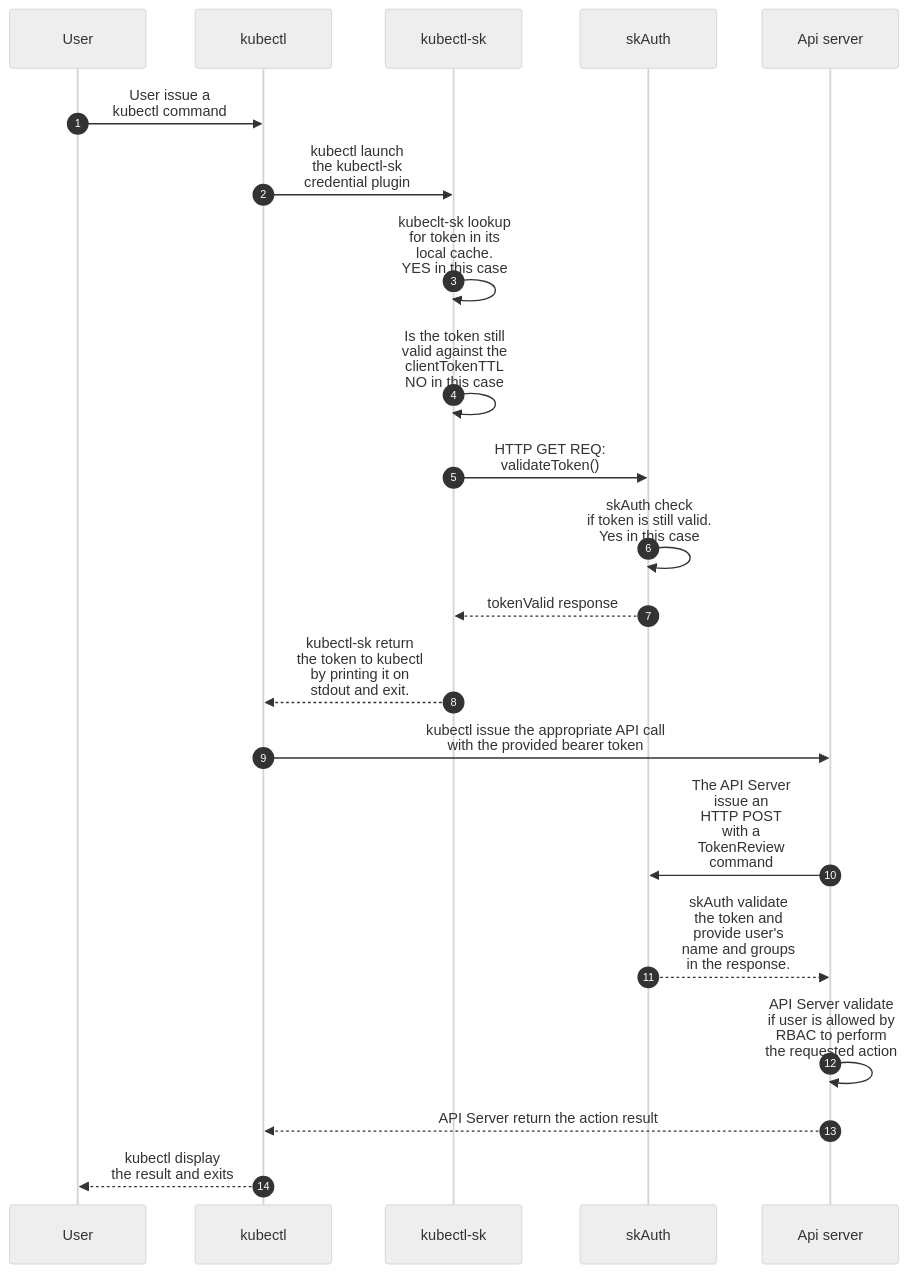
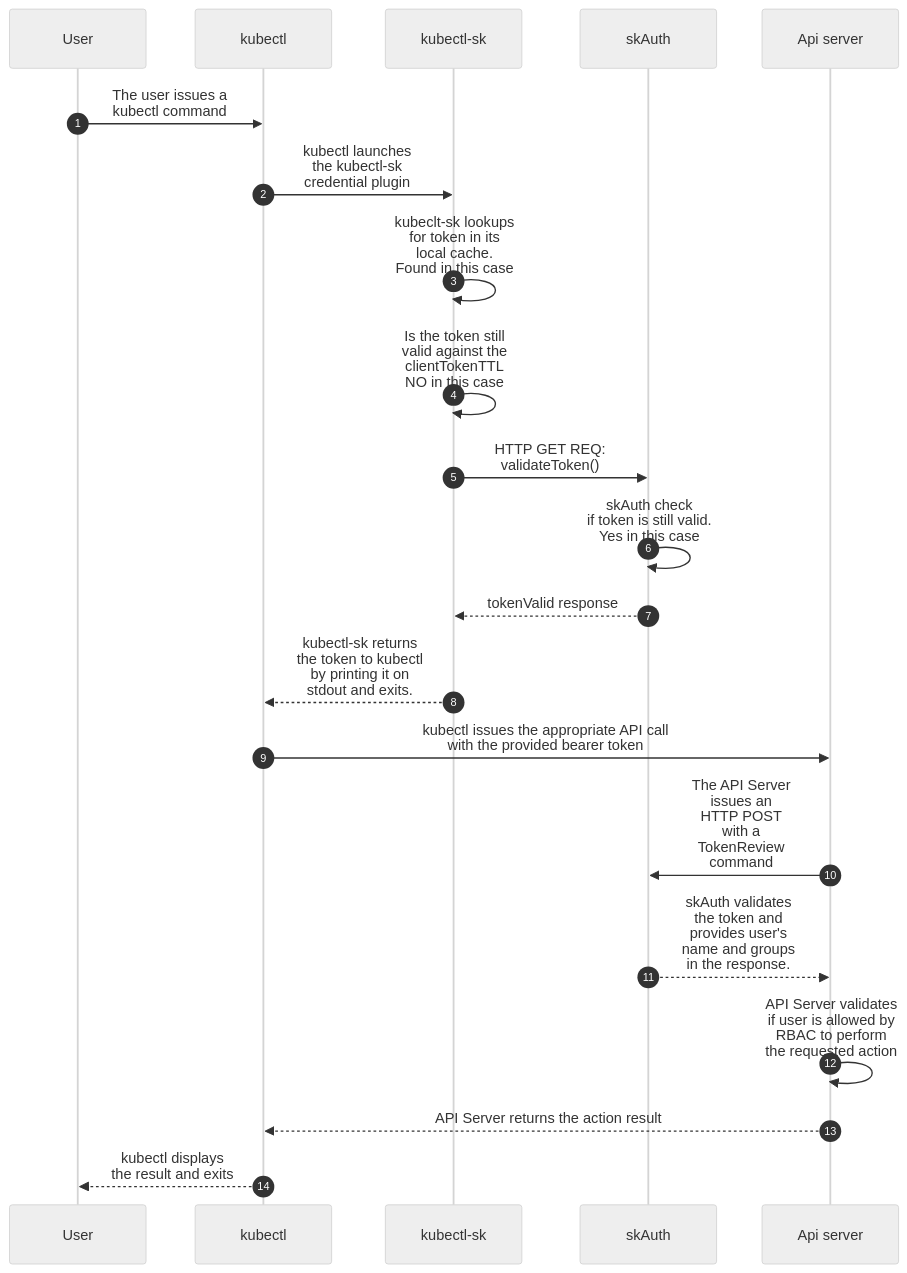
One commit to skasproject/skas changed the third of 4 diagrams in docsite/docs/architecture.md. Above: the diagram before and after it, drawn with Mermaid (neutral theme). The commit also changed other lines of this file and 12 other files, not shown here.

````diff
--- a/docsite/docs/architecture.md
+++ b/docsite/docs/architecture.md
@@ -220,23 +225,23 @@
 ``` mermaid
 sequenceDiagram
   participant User
   participant kubectl
   participant kubectl-sk
   participant skAuth
   participant Api server
   autonumber
-  User->>kubectl: User issue a<br>kubectl command
-  kubectl->>kubectl-sk: kubectl launch<br>the kubectl-sk<br>credential plugin
-  kubectl-sk->>kubectl-sk: kubeclt-sk lookup<br>for token in its <br>local cache.<br>YES in this case
+  User->>kubectl: The user issues a<br>kubectl command
+  kubectl->>kubectl-sk: kubectl launches<br>the kubectl-sk<br>credential plugin
+  kubectl-sk->>kubectl-sk: kubeclt-sk lookups<br>for token in its <br>local cache.<br>Found in this case
   kubectl-sk->>kubectl-sk: Is the token still<br>valid against the<br>clientTokenTTL<br>NO in this case
   kubectl-sk->>skAuth: HTTP GET REQ:<br>validateToken()
   skAuth->>skAuth: skAuth check<br>if token is still valid.<br>Yes in this case
   skAuth-->>kubectl-sk: tokenValid response
-  kubectl-sk-->>kubectl: kubectl-sk return<br>the token to kubectl<br>by printing it on<br>stdout and exit.
-  kubectl->>Api server: kubectl issue the appropriate API call<br>with the provided bearer token
-  Api server->>skAuth: The API Server<br>issue an<br>HTTP POST<br>with a<br>TokenReview<br>command
-  skAuth-->>Api server: skAuth validate<br>the token and <br>provide user's<br>name and groups<br>in the response.
-  Api server->>Api server: API Server validate<br>if user is allowed by<br>RBAC to perform<br>the requested action
-  Api server-->>kubectl: API Server return the action result
-  kubectl-->>User: kubectl display<br>the result and exits
+  kubectl-sk-->>kubectl: kubectl-sk returns<br>the token to kubectl<br>by printing it on<br>stdout and exits.
+  kubectl->>Api server: kubectl issues the appropriate API call<br>with the provided bearer token
+  Api server->>skAuth: The API Server<br>issues an<br>HTTP POST<br>with a<br>TokenReview<br>command
+  skAuth-->>Api server: skAuth validates<br>the token and <br>provides user's<br>name and groups<br>in the response.
+  Api server->>Api server: API Server validates<br>if user is allowed by<br>RBAC to perform<br>the requested action
+  Api server-->>kubectl: API Server returns the action result
+  kubectl-->>User: kubectl displays<br>the result and exits
 ```
````
